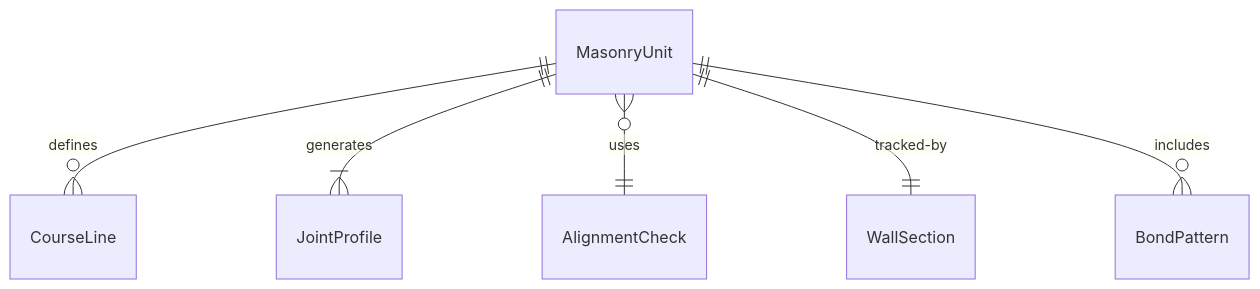
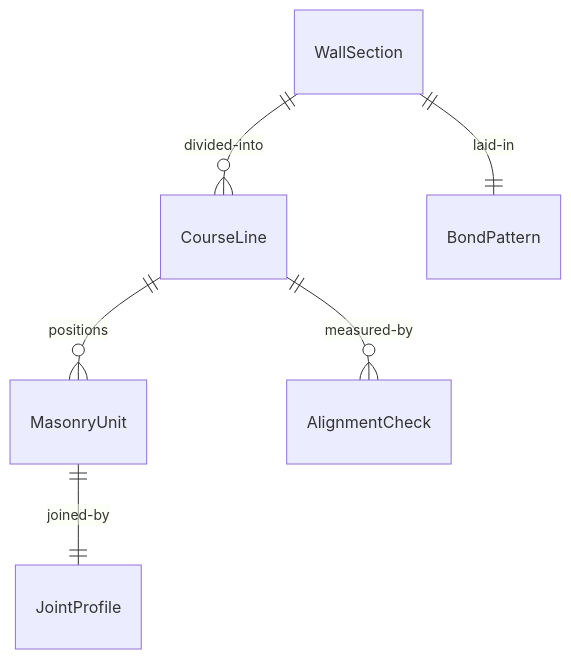
One commit to dot-org-ai/tasks.org.ai changed the first of 4 diagrams in HandlingAndMovingObjects/PositionMaterialsOrComponentsForAssembly/AlignMasonryMaterials.mdx. Above: the diagram before and after it, drawn with Mermaid. The commit also changed other lines of this file and 515 other files, not shown here.

````diff
--- a/HandlingAndMovingObjects/PositionMaterialsOrComponentsForAssembly/AlignMasonryMaterials.mdx
+++ b/HandlingAndMovingObjects/PositionMaterialsOrComponentsForAssembly/AlignMasonryMaterials.mdx
@@ -85,8 +85,8 @@
 ```mermaid
 erDiagram
-    MasonryUnit ||--o{ CourseLine : "defines"
-    MasonryUnit ||--|{ JointProfile : "generates"
-    MasonryUnit }o--|| AlignmentCheck : "uses"
-    MasonryUnit ||--|| WallSection : "tracked-by"
-    MasonryUnit ||--o{ BondPattern : "includes"
+    WallSection ||--o{ CourseLine : "divided-into"
+    CourseLine ||--o{ MasonryUnit : "positions"
+    MasonryUnit ||--|| JointProfile : "joined-by"
+    WallSection ||--|| BondPattern : "laid-in"
+    CourseLine ||--o{ AlignmentCheck : "measured-by"
 ```
````
